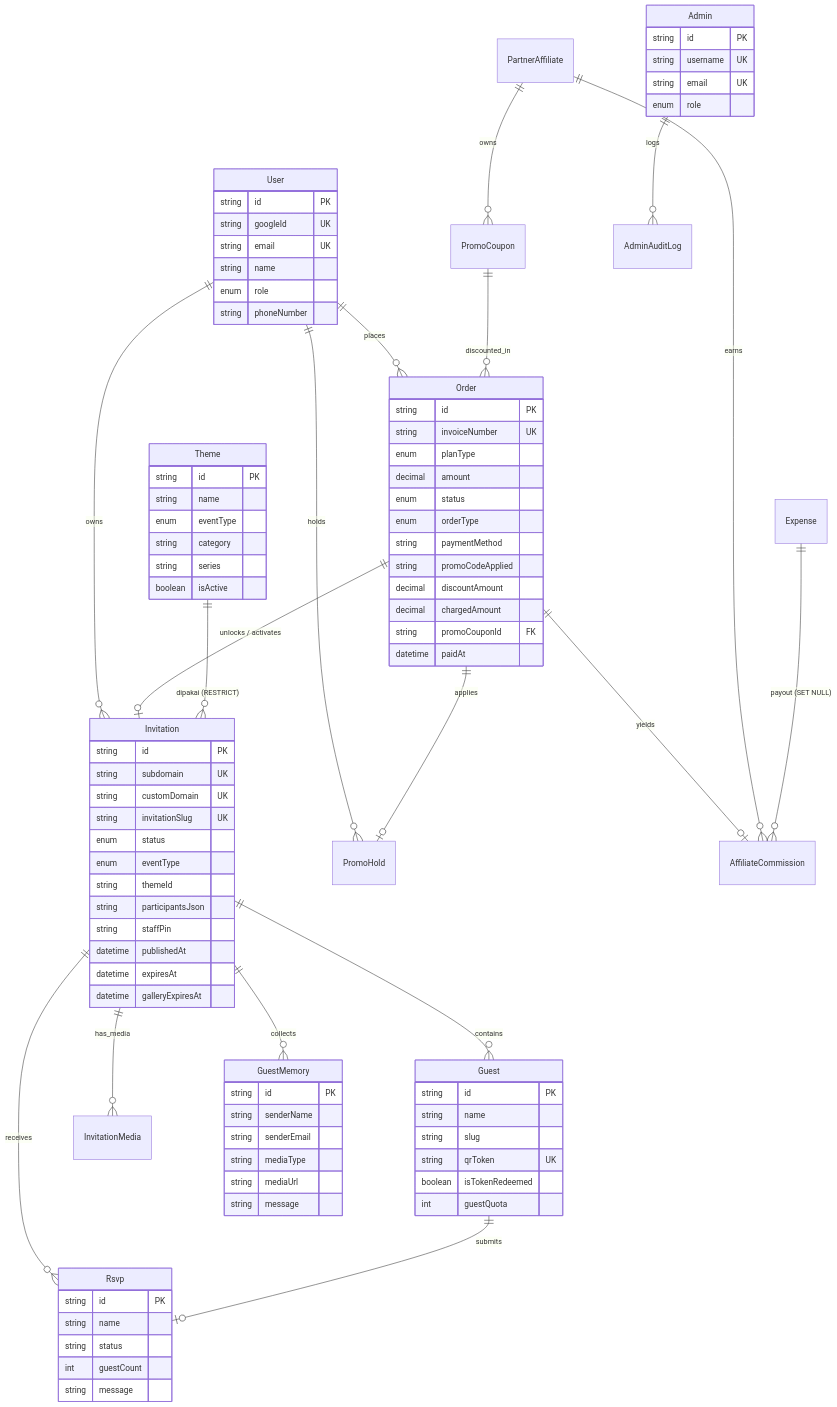
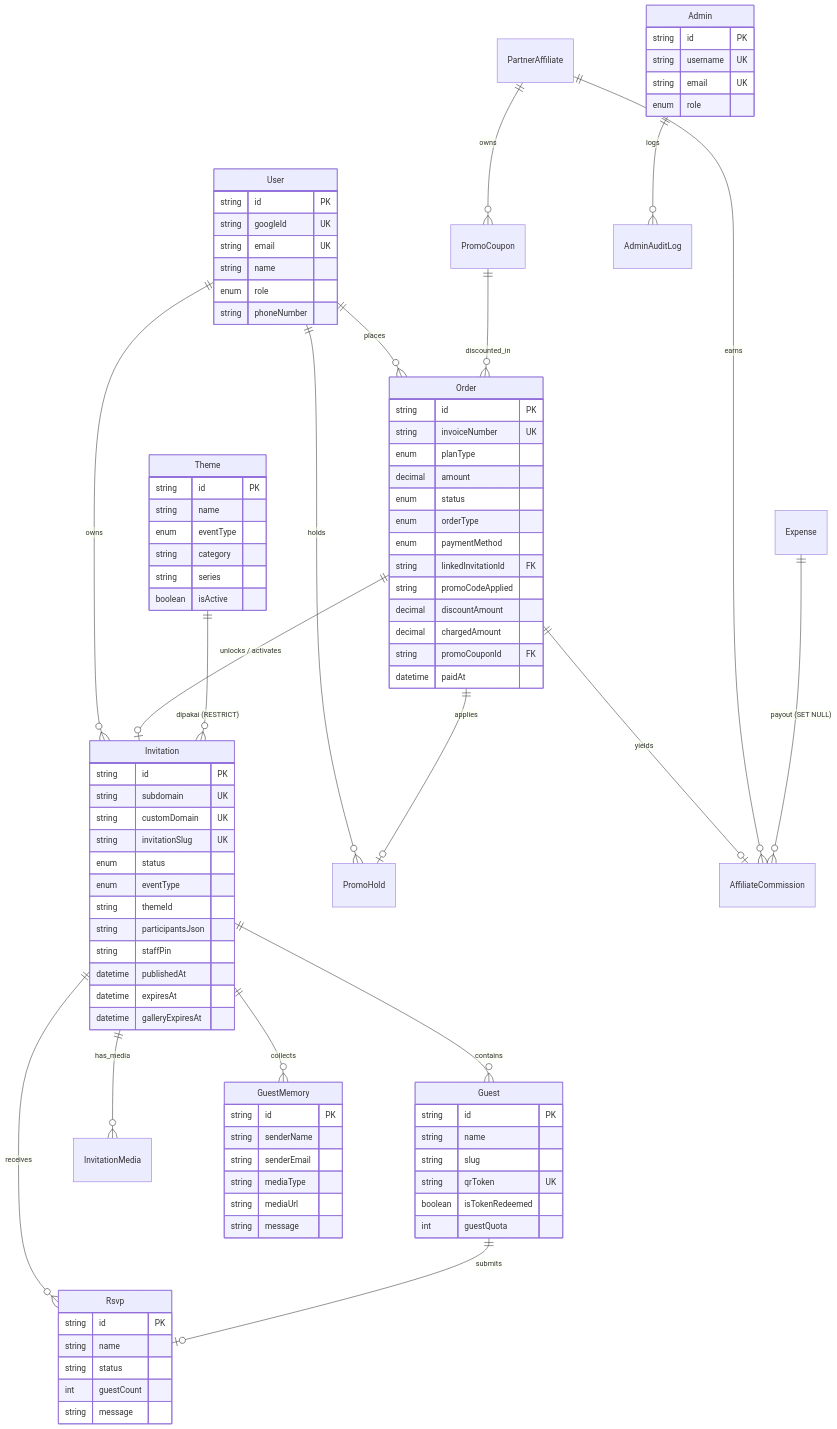
One commit to armansyam/luxenary-invite changed the first of 3 diagrams in docs/DATABASE_SCHEMA_DAN_RELASI.md. Above: the diagram before and after it, drawn with Mermaid. The commit also changed other lines of this file and 29 other files, not shown here.

First line of the commit message:
feat(db): link add-on orders to invitations by FK, enums for rsvp status and payment method, drop write-only column

```diff
--- a/docs/DATABASE_SCHEMA_DAN_RELASI.md
+++ b/docs/DATABASE_SCHEMA_DAN_RELASI.md
@@ -43,7 +43,8 @@
         decimal amount
         enum status
         enum orderType
-        string paymentMethod
+        enum paymentMethod
+        string linkedInvitationId FK
         string promoCodeApplied
         decimal discountAmount
         decimal chargedAmount
```
